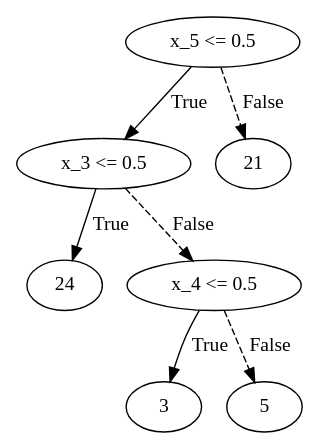
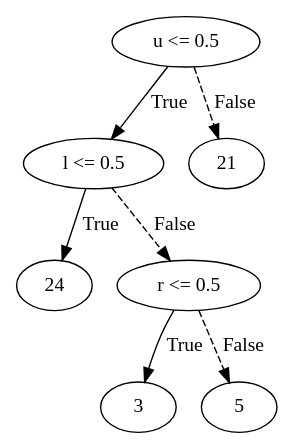
The diagram in quantitative/explainable-fsc/maze-alex-cutoffstrategy/memory-transitions/7/default.dot (muqsit-azeem/pomdp-explainable-strategies), drawn with Graphviz before and after one commit. The commit also changed 1006 other files, not shown here.

```diff
--- a/quantitative/explainable-fsc/maze-alex-cutoffstrategy/memory-transitions/7/default.dot
+++ b/quantitative/explainable-fsc/maze-alex-cutoffstrategy/memory-transitions/7/default.dot
@@ -1,16 +1,16 @@
 digraph {
-0 [label="x_5 <= 0.5"];
-1 [label="x_3 <= 0.5"];
+0 [label="u <= 0.5"];
+1 [label="l <= 0.5"];
 2 [label="24"];
 1 -> 2 [label="True"];
-3 [label="x_4 <= 0.5"];
+3 [label="r <= 0.5"];
 4 [label="3"];
 3 -> 4 [label="True"];
 5 [label="5"];
 3 -> 5 [style="dashed", label="False"];
 1 -> 3 [style="dashed", label="False"];
 0 -> 1 [label="True"];
 6 [label="21"];
 0 -> 6 [style="dashed", label="False"];
 
 }
```
